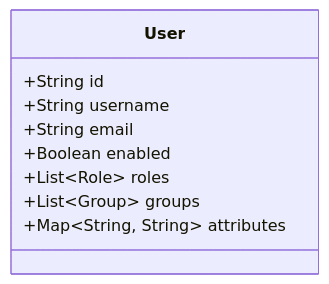
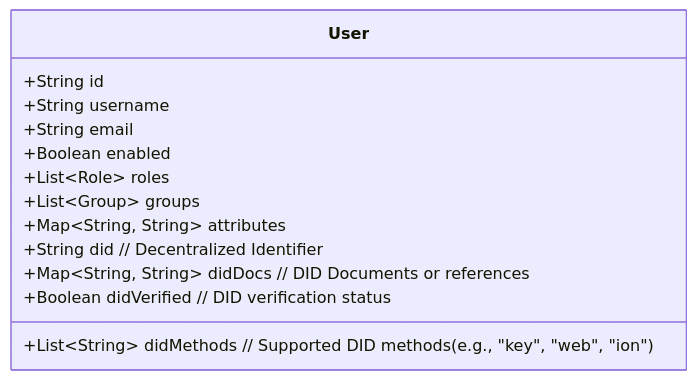
Before and after one commit to gitmujoshi/cms: the fourth of 9 diagrams in iam-system/docs/DESIGN.md, drawn with Mermaid. The commit also changed other lines of this file, not shown here.

````diff
--- a/iam-system/docs/DESIGN.md
+++ b/iam-system/docs/DESIGN.md
@@ -103,12 +103,16 @@
 ```mermaid
 classDiagram
     class User {
         +String id
         +String username
         +String email
         +Boolean enabled
         +List~Role~ roles
         +List~Group~ groups
         +Map~String, String~ attributes
+        +String did                    // Decentralized Identifier
+        +List~String~ didMethods       // Supported DID methods (e.g., "key", "web", "ion")
+        +Map~String, String~ didDocs   // DID Documents or references
+        +Boolean didVerified           // DID verification status
     }
 ```
````
